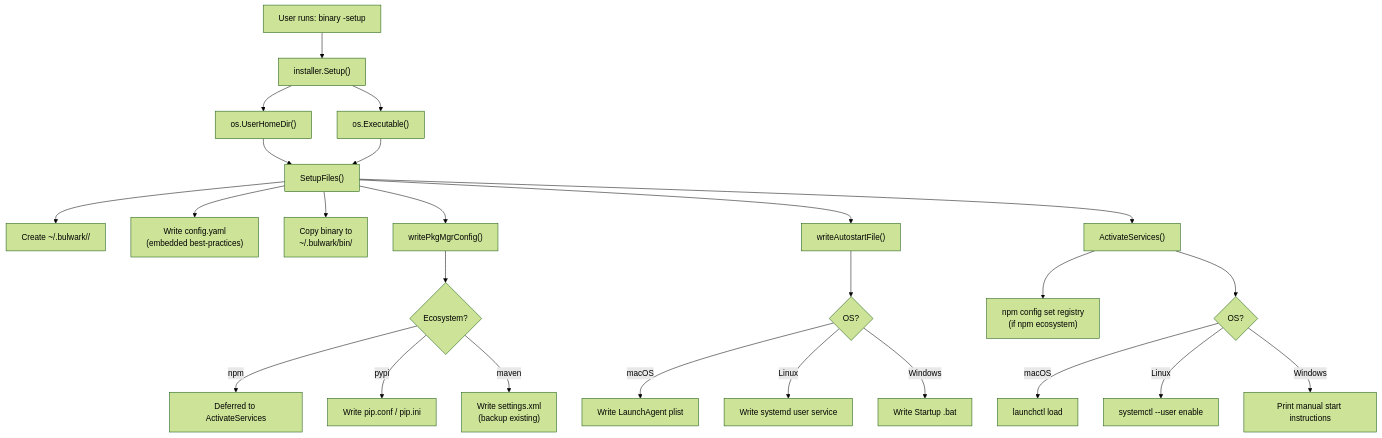
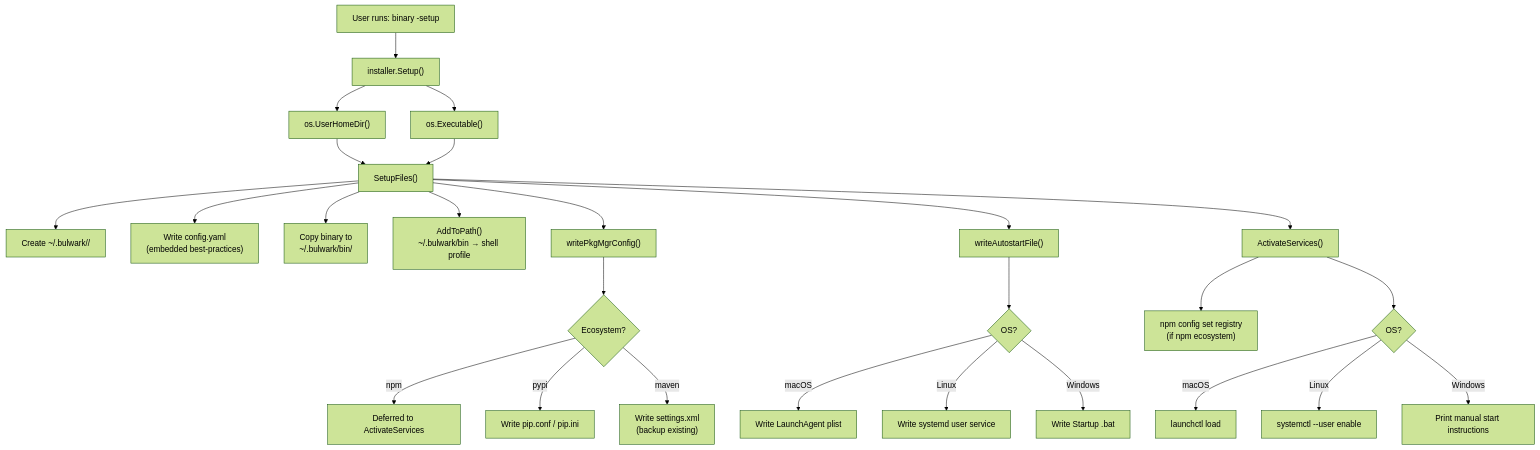
Before and after one commit to Bluewaves54/Bulwark: diagram 20 of 20 in docs/ARCHITECTURE.md, drawn with Mermaid (forest theme). The commit also changed other lines of this file and 15 other files, not shown here.

````diff
--- a/docs/ARCHITECTURE.md
+++ b/docs/ARCHITECTURE.md
@@ -802,27 +804,28 @@
 ```mermaid
 flowchart TD
     A["User runs: binary -setup"] --> B["installer.Setup()"]
     B --> C["os.UserHomeDir()"]
     B --> D["os.Executable()"]
     C --> E["SetupFiles()"]
     D --> E
     E --> F["Create ~/.bulwark/<ecosystem>/"]
     E --> G["Write config.yaml\n(embedded best-practices)"]
     E --> H["Copy binary to\n~/.bulwark/bin/"]
+    E --> HA["AddToPath()\n~/.bulwark/bin → shell profile"]
     E --> I["writePkgMgrConfig()"]
     E --> J["writeAutostartFile()"]
     I --> K{"Ecosystem?"}
     K -->|npm| L["Deferred to ActivateServices"]
     K -->|pypi| M["Write pip.conf / pip.ini"]
     K -->|maven| N["Write settings.xml\n(backup existing)"]
     J --> O{"OS?"}
     O -->|macOS| P["Write LaunchAgent plist"]
     O -->|Linux| Q["Write systemd user service"]
     O -->|Windows| R["Write Startup .bat"]
     E --> S["ActivateServices()"]
     S --> T["npm config set registry\n(if npm ecosystem)"]
     S --> U{"OS?"}
     U -->|macOS| V["launchctl load"]
     U -->|Linux| W["systemctl --user enable"]
     U -->|Windows| X["Print manual start instructions"]
 ```
````
